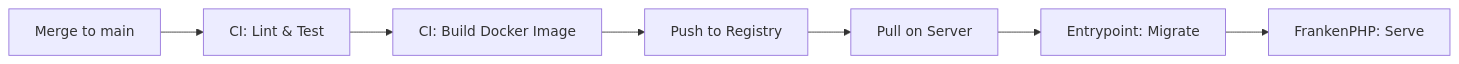
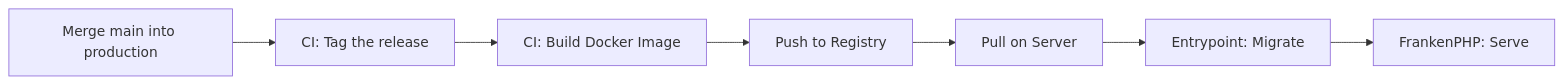
The diagram in docs/src/content/docs/operations/updates.md (gubler/obol), drawn with Mermaid before and after one commit. The commit also changed other lines of this file and 14 other files, not shown here.

First line of the commit message:
chore(ci): derive CalVer release versions and cut the release tag (#494)

````diff
--- a/docs/src/content/docs/operations/updates.md
+++ b/docs/src/content/docs/operations/updates.md
@@ -9,9 +9,9 @@
 ```mermaid
 graph LR
-    A[Merge to main] --> B[CI: Lint & Test]
+    A[Merge main into production] --> B[CI: Tag the release]
     B --> C[CI: Build Docker Image]
     C --> D[Push to Registry]
     D --> E[Pull on Server]
     E --> F[Entrypoint: Migrate]
     F --> G[FrankenPHP: Serve]
 ```
````
